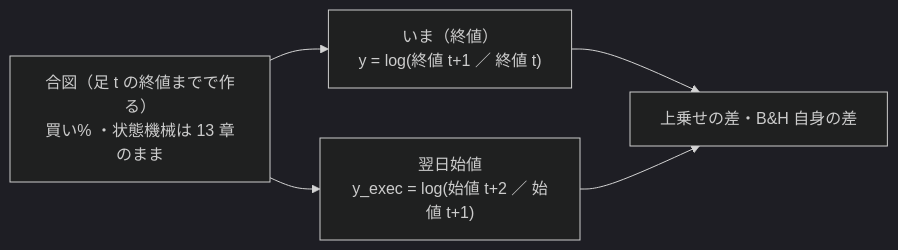
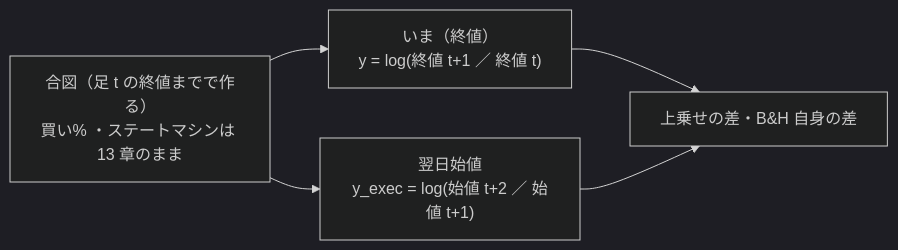
Diagram 24 of 38 in docs/specs/experiments/feature-discovery/rules.md (akiraak/ai-income-lab), drawn with Mermaid (dark theme) before and after one commit. The commit also changed other lines of this file and 45 other files, not shown here.

````diff
--- a/docs/specs/experiments/feature-discovery/rules.md
+++ b/docs/specs/experiments/feature-discovery/rules.md
@@ -1622,7 +1622,7 @@
 ```mermaid
 flowchart LR
-  S["合図（足 t の終値までで作る）<br/>買い% ・状態機械は 13 章のまま"] --> A["いま（終値）<br/>y = log(終値 t+1 ／ 終値 t)"]
+  S["合図（足 t の終値までで作る）<br/>買い% ・ステートマシンは 13 章のまま"] --> A["いま（終値）<br/>y = log(終値 t+1 ／ 終値 t)"]
   S --> B["翌日始値<br/>y_exec = log(始値 t+2 ／ 始値 t+1)"]
   A --> D["上乗せの差・B&amp;H 自身の差"]
   B --> D
 ```
````
